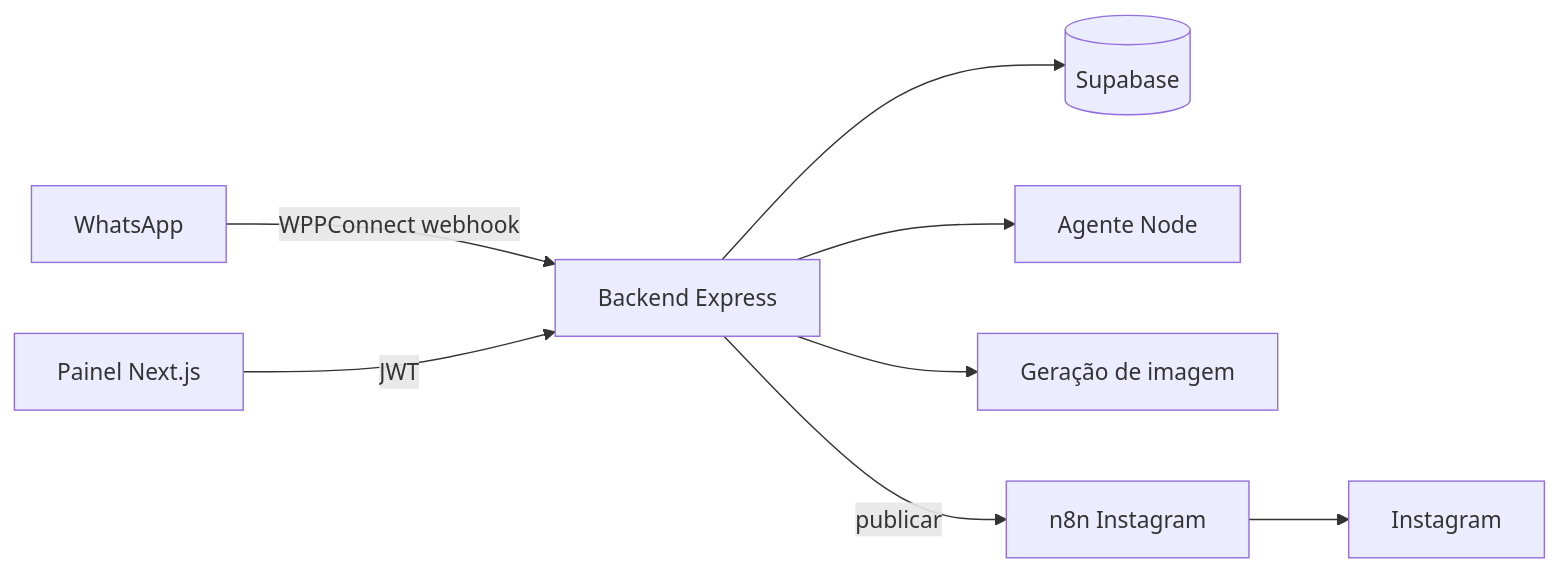
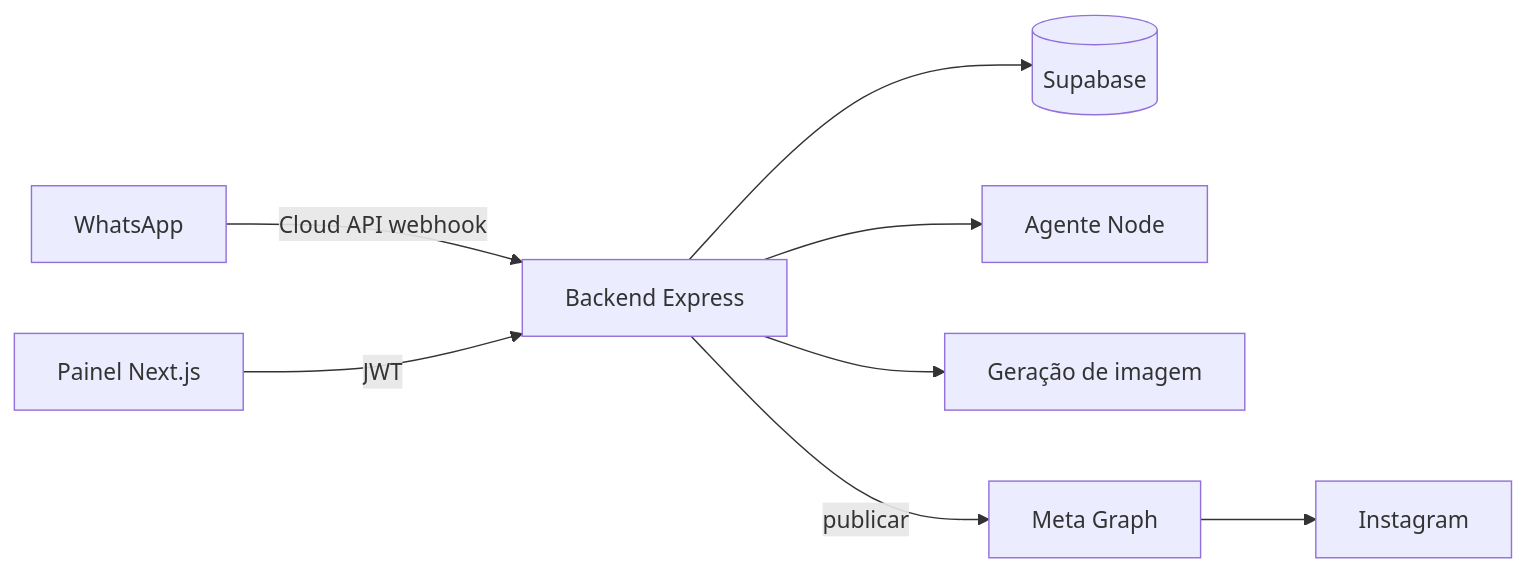
One commit to luccaleca/TumaIA changed the diagram in docs/contexto-produto.md. Above: the diagram before and after it, drawn with Mermaid. The commit also changed other lines of this file and 34 other files, not shown here.

````diff
--- a/docs/contexto-produto.md
+++ b/docs/contexto-produto.md
@@ -22,18 +22,18 @@
 ```mermaid
 flowchart LR
   WA[WhatsApp]
   PAINEL[Painel Next.js]
   API[Backend Express]
   SB[(Supabase)]
   AGENTE[Agente Node]
   IMG[Geração de imagem]
-  N8N[n8n Instagram]
+  GRAPH[Meta Graph]
 
-  WA -->|WPPConnect webhook| API
+  WA -->|Cloud API webhook| API
   PAINEL -->|JWT| API
   API --> SB
   API --> AGENTE
   API --> IMG
-  API -->|publicar| N8N
-  N8N --> IG[Instagram]
+  API -->|publicar| GRAPH
+  GRAPH --> IG[Instagram]
 ```
````
